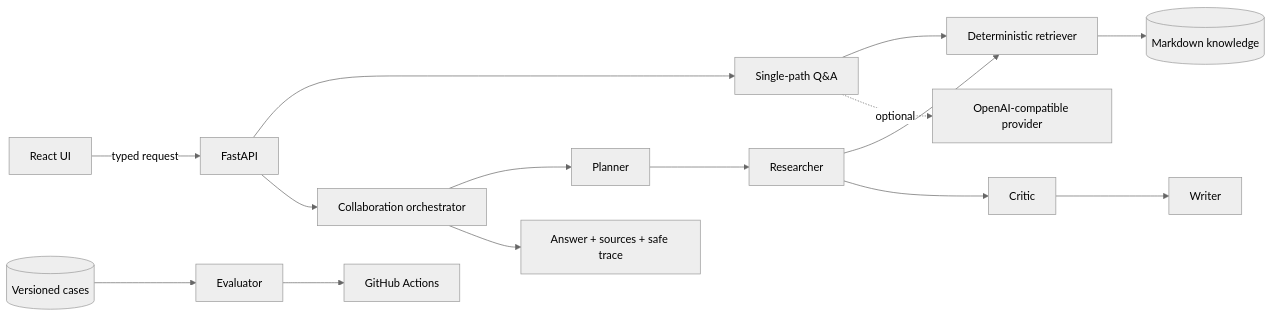
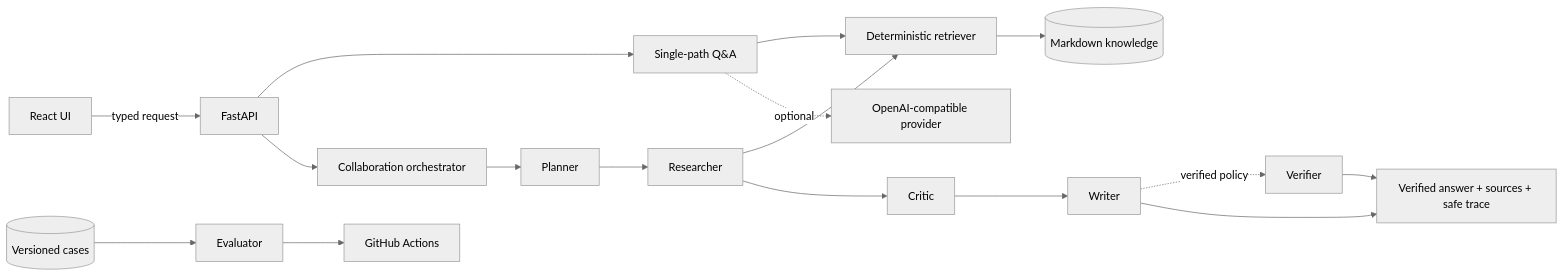
The diagram in README.md (jzjzzzzzzz/agent-me), drawn with Mermaid (neutral theme) before and after one commit. The commit also changed other lines of this file and 10 other files, not shown here.

````diff
--- a/README.md
+++ b/README.md
@@ -103,17 +109,19 @@
 ```mermaid
 flowchart LR
   Browser[React UI] -->|typed request| API[FastAPI]
   API --> Chat[Single-path Q&A]
   API --> Flow[Collaboration orchestrator]
   Chat --> Search[Deterministic retriever]
   Flow --> P[Planner]
   P --> R[Researcher]
   R --> Search
   R --> C[Critic]
   C --> W[Writer]
+  W -. verified policy .-> V[Verifier]
   Search --> Docs[(Markdown knowledge)]
   Chat -. optional .-> Provider[OpenAI-compatible provider]
-  Flow --> Trace[Answer + sources + safe trace]
+  V --> Trace[Verified answer + sources + safe trace]
+  W --> Trace
   Cases[(Versioned cases)] --> Eval[Evaluator]
   Eval --> CI[GitHub Actions]
 ```
````
